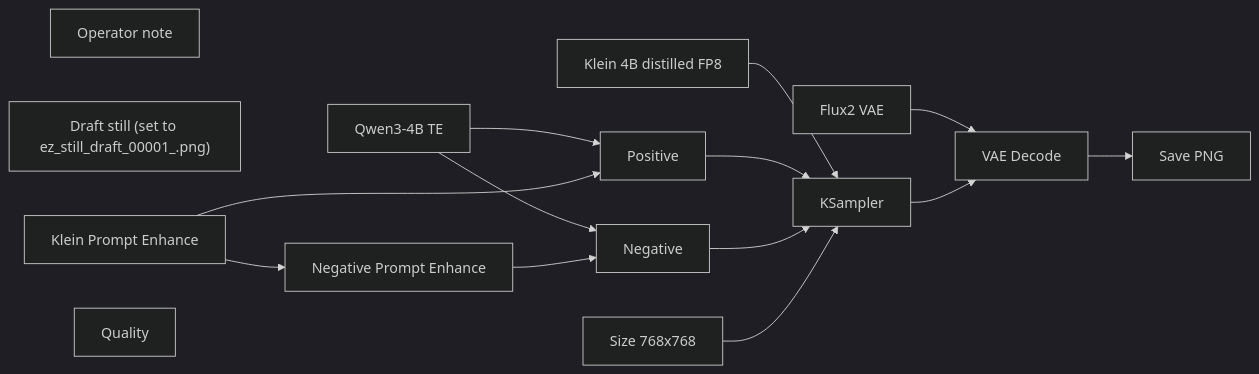
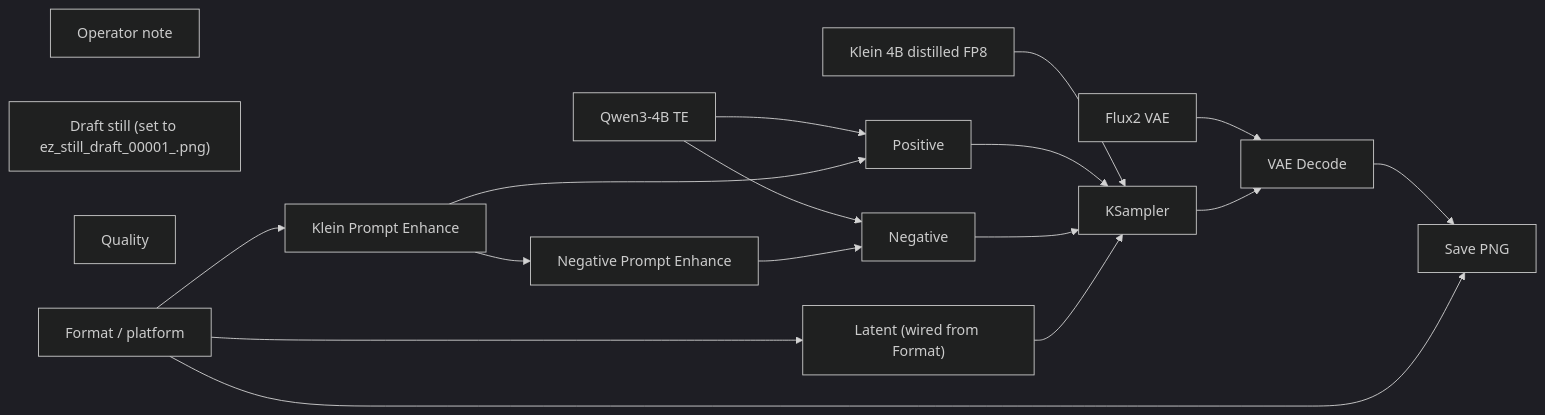
One commit to toxicoder/ez-comfy-stack changed the diagram in docs/generated/workflows/klein/creator/instagram-highlight.md. Above: the diagram before and after it, drawn with Mermaid (dark theme). The commit also changed other lines of this file and 312 other files, not shown here.

First line of the commit message:
feat: Format / platform on Klein, Wan, and LTX Apps

````diff
--- a/docs/generated/workflows/klein/creator/instagram-highlight.md
+++ b/docs/generated/workflows/klein/creator/instagram-highlight.md
@@ -49,29 +51,33 @@
 ```mermaid
 flowchart LR
   N1["Klein 4B distilled FP8"]
   N2["Qwen3-4B TE"]
   N3["Flux2 VAE"]
   N4["Positive"]
   N5["Negative"]
-  N6["Size 768x768"]
+  N6["Latent (wired from Format)"]
   N7["KSampler"]
   N8["VAE Decode"]
   N9["Save PNG"]
   N10["Operator note"]
   N11["Draft still (set to ez_still_draft_00001_.png)"]
   N12["Klein Prompt Enhance"]
   N13["Negative Prompt Enhance"]
   N14["Quality"]
+  N15["Format / platform"]
   N1 --> N7
   N2 --> N4
   N2 --> N5
   N3 --> N8
   N4 --> N7
   N5 --> N7
   N6 --> N7
   N7 --> N8
   N8 --> N9
   N12 --> N4
   N12 --> N13
   N13 --> N5
+  N15 --> N6
+  N15 --> N12
+  N15 --> N9
 ```
````
